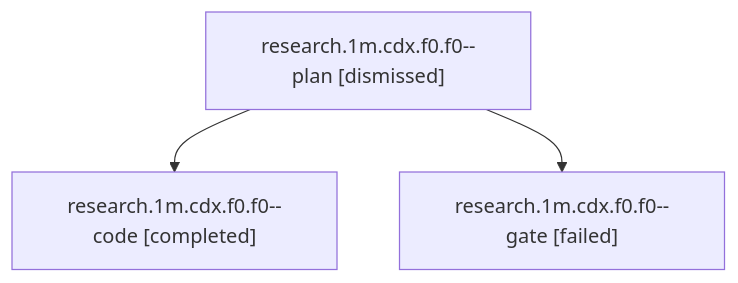
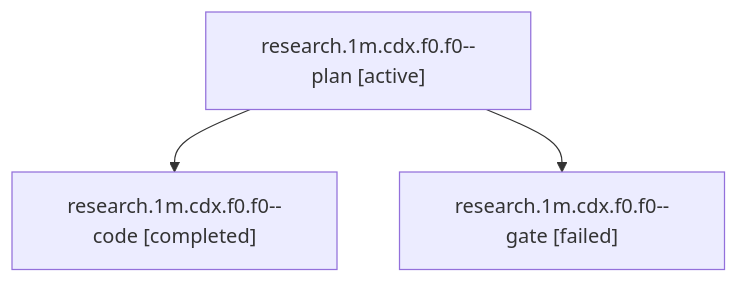
One commit to sase-org/sase--agents changed the diagram in families/bbugyi200.athena.research.1m.cdx.f0.f0.md. Above: the diagram before and after it, drawn with Mermaid. The commit also changed other lines of this file and 706 other files, not shown here.

````diff
--- a/families/bbugyi200.athena.research.1m.cdx.f0.f0.md
+++ b/families/bbugyi200.athena.research.1m.cdx.f0.f0.md
@@ -9,8 +9,8 @@
 ```mermaid
 flowchart TD
-  n0["research.1m.cdx.f0.f0--plan [dismissed]"]
+  n0["research.1m.cdx.f0.f0--plan [active]"]
   n1["research.1m.cdx.f0.f0--code [completed]"]
   n0 --> n1
   n2["research.1m.cdx.f0.f0--gate [failed]"]
   n0 --> n2
 ```
````
